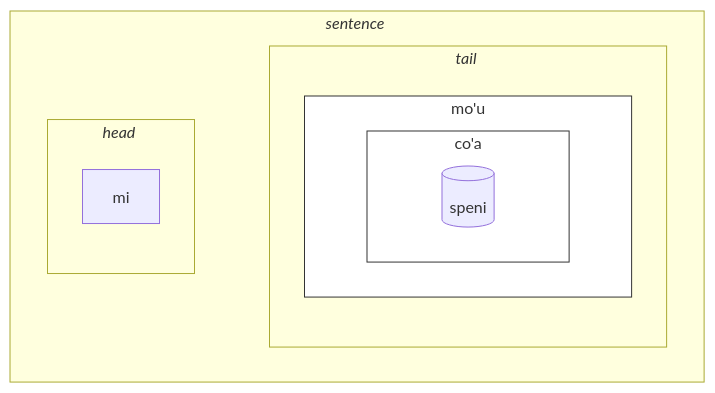
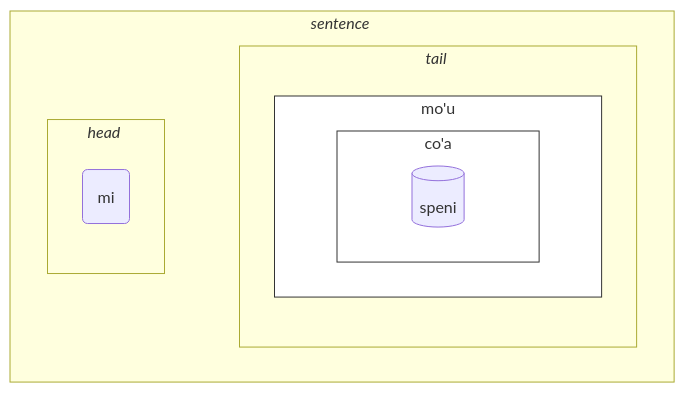
Before and after one commit to La-Lojban/lojban.pw: the third of 3 diagrams in data/pages/books/learn-lojban.md, drawn with Mermaid. The commit also changed other lines of this file and 4 other files, not shown here.

Commit message:
feat: 🎸 improve diagram styling

````diff
--- a/data/pages/books/learn-lojban.md
+++ b/data/pages/books/learn-lojban.md
@@ -3607,28 +3607,28 @@
 ```mermaid
 flowchart LR
     %% common structure:
     subgraph sentence["<i>sentence</i>#nbsp;"]
         direction LR
         head-terms
         tail
     end
     head-terms ~~~ tail
     subgraph head-terms["<i>head</i>#nbsp;"]
         t1
     end
     subgraph tail["<i>tail</i>#nbsp;"]
         subgraph m1["mo'u"]
             subgraph m2["co'a"]
                 brivla
             end
         end
     end
 
-    t1[mi]
+    t1(mi)
     brivla[(speni)]
 
     classDef blabi fill:#fff,stroke:#333;
     class m1 blabi;
     class m2 blabi;
 
 ```
````
